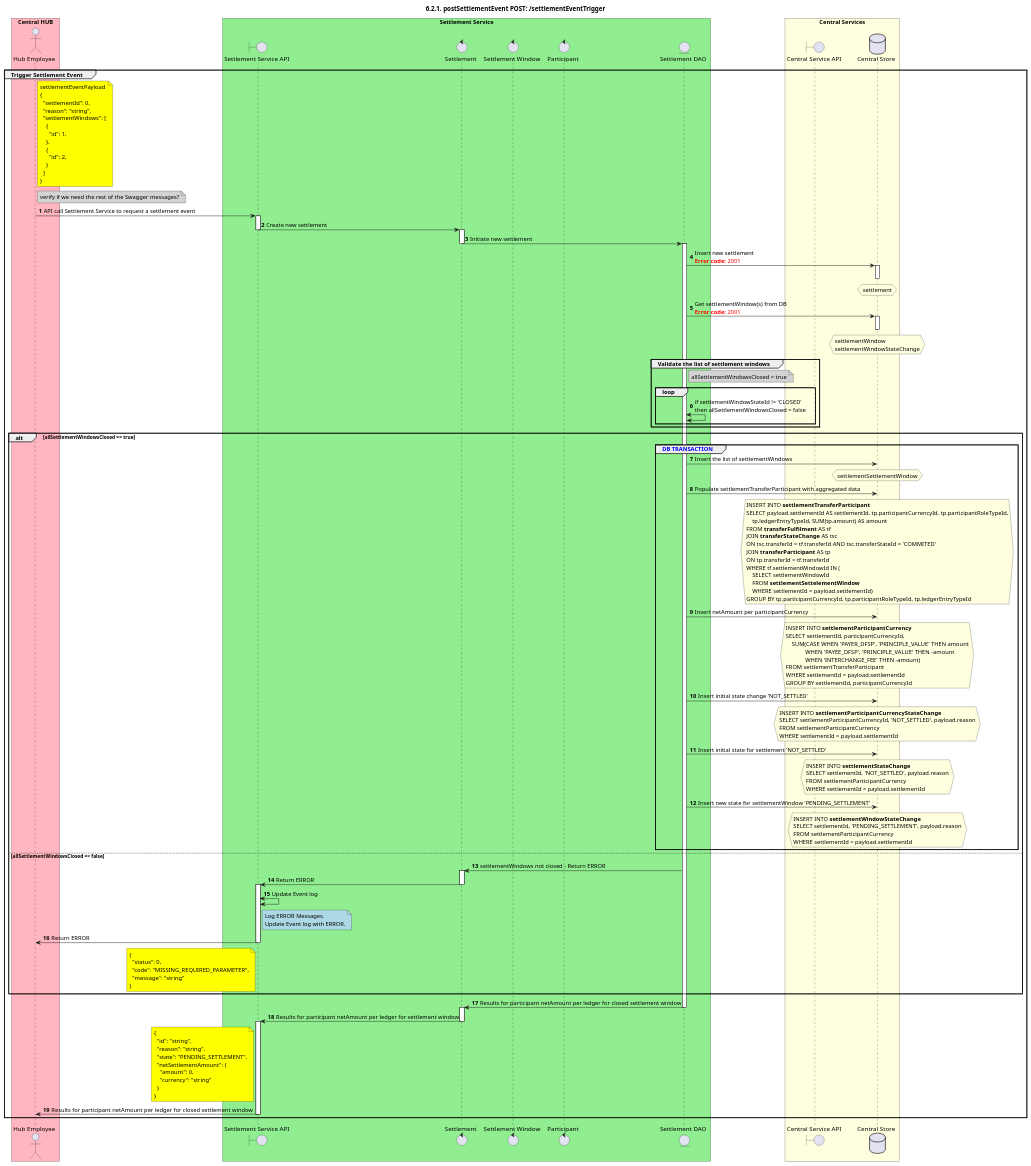
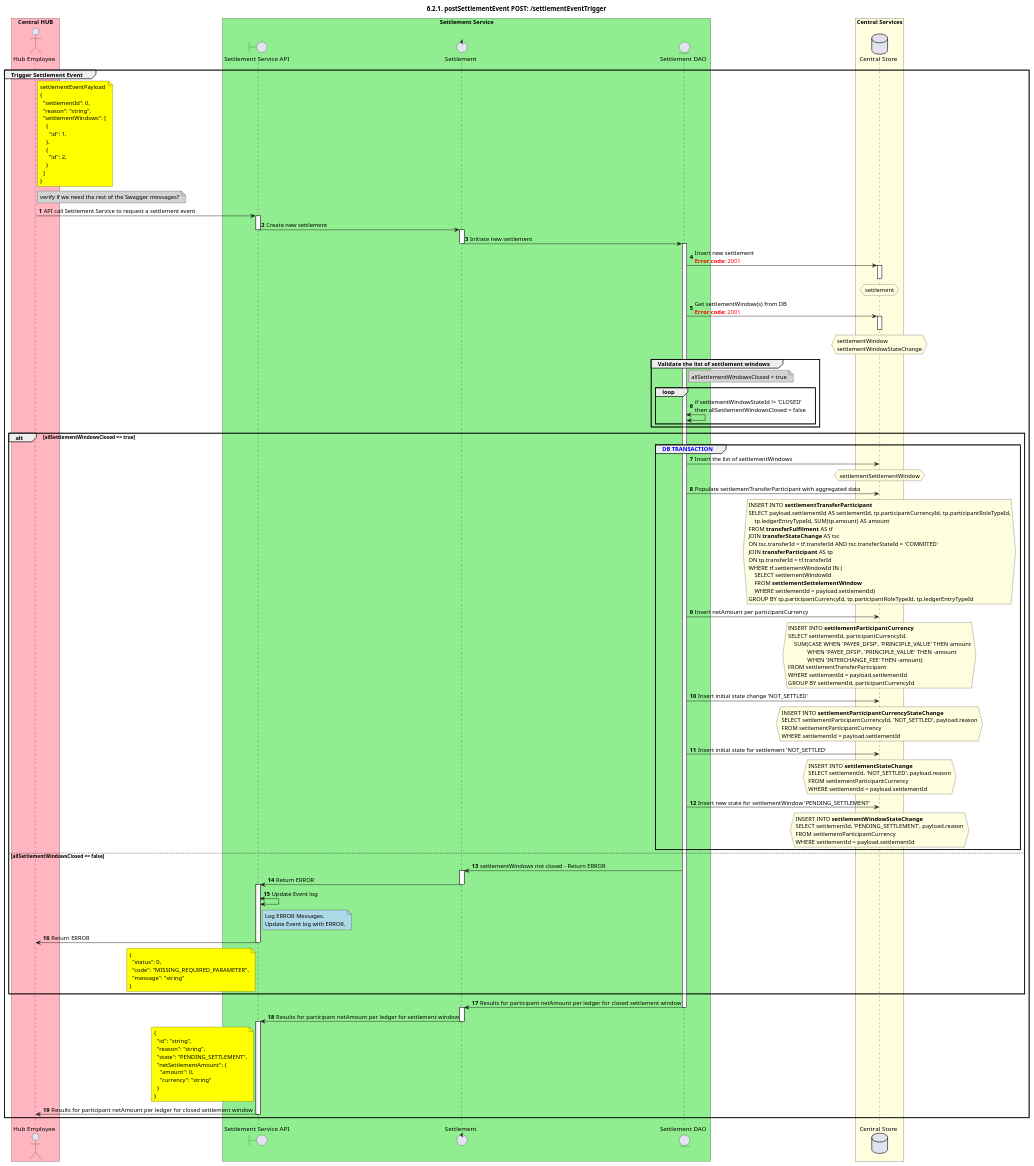
The diagram in CentralServices/seq_diagrams/seq-settlement-6.4.1.plantuml (HenkKodde/docs), drawn with PlantUML before and after one commit. The commit also changed 5 other files, not shown here.

```diff
--- a/CentralServices/seq_diagrams/seq-settlement-6.4.1.plantuml
+++ b/CentralServices/seq_diagrams/seq-settlement-6.4.1.plantuml
@@ -1,193 +1,187 @@
 @startuml
 ' declate title
 title 6.2.1. postSettlementEvent POST: /settlementEventTrigger
 
 autonumber
 
 ' Actor Keys:
 
 ' declare actors
 
 actor "Hub Employee" as OPERATOR
 
 boundary "Settlement Service API" as SSAPI
 control "Settlement" as SETTLEMENT
-control "Settlement Window" as SETTLEWINDOW
-control "Participant" as PARTICIPANT
 entity "Settlement DAO" as SETTLE_DAO
 
-boundary "Central Service API" as CSAPI
 database "Central Store" as DB
 
 box "Central HUB" #LightPink
     participant OPERATOR
 end box
 
 box "Settlement Service" #LightGreen
     participant SSAPI
     participant SETTLEMENT
-    participant SETTLEWINDOW
-    participant PARTICIPANT
     participant SETTLE_DAO
 end box
 
 box "Central Services" #LightYellow
-    participant CSAPI
     participant DB
 end box
 
 ' start flow
 
 group Trigger Settlement Event
     note right of OPERATOR #Yellow
         settlementEventPayload
         {
           "settlementId": 0,
           "reason": "string",
           "settlementWindows": [
             {
               "id": 1,
             },
             {
               "id": 2,
             }
           ]
         }
     end note
     note right of OPERATOR #LightGray
         verify if we need the rest of the Swagger messages?
     end note
     OPERATOR -> SSAPI: API call Settlement Service to request a settlement event
     activate SSAPI
     SSAPI-> SETTLEMENT: Create new settlement
     deactivate SSAPI
     activate SETTLEMENT
     SETTLEMENT -> SETTLE_DAO: Initiate new settlement
     deactivate SETTLEMENT
     activate SETTLE_DAO
 
     SETTLE_DAO -> DB: Insert new settlement \n<color #FF0000><b>Error code:</b> 2001</color>
     activate DB
     hnote over DB #LightYellow
         settlement
     end hnote
     deactivate DB
     deactivate SETTLEMENT
     SETTLE_DAO -> DB: Get settlementWindow(s) from DB \n<color #FF0000><b>Error code:</b> 2001</color>
     activate DB
     hnote over DB #LightYellow
         settlementWindow
         settlementWindowStateChange
     end hnote
     deactivate DB
     group Validate the list of settlement windows
         note right of SETTLE_DAO #LightGray
             allSettlementWindowsClosed = true
         end note
         loop
             SETTLE_DAO <-> SETTLE_DAO: if settlementWindowStateId != 'CLOSED' \nthen allSettlementWindowsClosed = false
         end loop
     end
     alt allSettlementWindowsClosed == true
         group <color #blue>DB TRANSACTION</color>
             SETTLE_DAO -> DB: Insert the list of settlementWindows
             hnote over DB #LightYellow
                 settlementSettlementWindow
             end hnote
             SETTLE_DAO -> DB: Populate settlementTransferParticipant with aggregated data
             hnote over DB #LightYellow
                 INSERT INTO **settlementTransferParticipant**
                 SELECT payload.settlementId AS settlementId, tp.participantCurrencyId, tp.participantRoleTypeId,
                     tp.ledgerEntryTypeId, SUM(tp.amount) AS amount
                 FROM **transferFulfilment** AS tf
                 JOIN **transferStateChange** AS tsc
                 ON tsc.transferId = tf.transferId AND tsc.transferStateId = 'COMMITED'
                 JOIN **transferParticipant** AS tp
                 ON tp.transferId = tf.transferId
                 WHERE tf.settlementWindowId IN (
                     SELECT settlementWindowId
                     FROM **settlementSettelementWindow**
                     WHERE settlementId = payload.settlementId)
                 GROUP BY tp.participantCurrencyId, tp.participantRoleTypeId, tp.ledgerEntryTypeId
             end hnote
 
             SETTLE_DAO -> DB: Insert netAmount per participantCurrency
             hnote over DB #LightYellow
                 INSERT INTO **settlementParticipantCurrency**
                 SELECT settlementId, participantCurrencyId,
                     SUM(CASE WHEN 'PAYER_DFSP', 'PRINCIPLE_VALUE' THEN amount
                              WHEN 'PAYEE_DFSP', 'PRINCIPLE_VALUE' THEN -amount
                              WHEN 'INTERCHANGE_FEE' THEN -amount)
                 FROM settlementTransferParticipant
                 WHERE settlementId = payload.settlementId
                 GROUP BY settlementId, participantCurrencyId
             end hnote
 
             SETTLE_DAO -> DB: Insert initial state change 'NOT_SETTLED'
             hnote over DB #LightYellow
                 INSERT INTO **settlementParticipantCurrencyStateChange**
                 SELECT settlementParticipantCurrencyId, 'NOT_SETTLED', payload.reason
                 FROM settlementParticipantCurrency
                 WHERE settlementId = payload.settlementId
             end hnote
 
             SETTLE_DAO -> DB: Insert initial state for settlement 'NOT_SETTLED'
             hnote over DB #LightYellow
                 INSERT INTO **settlementStateChange**
                 SELECT settlementId, 'NOT_SETTLED', payload.reason
                 FROM settlementParticipantCurrency
                 WHERE settlementId = payload.settlementId
             end hnote
 
             SETTLE_DAO -> DB: Insert new state for settlementWindow 'PENDING_SETTLEMENT'
             hnote over DB #LightYellow
                 INSERT INTO **settlementWindowStateChange**
                 SELECT settlementId, 'PENDING_SETTLEMENT', payload.reason
                 FROM settlementParticipantCurrency
                 WHERE settlementId = payload.settlementId
             end hnote
         end
 
     else allSettlementWindowsClosed == false
         SETTLE_DAO -> SETTLEMENT: settlementWindows not closed - Return ERROR
         activate SETTLEMENT
         SETTLEMENT -> SSAPI: Return ERROR
         deactivate SETTLEMENT
         activate SSAPI
         SSAPI <-> SSAPI: Update Event log
         note right of SSAPI #LightBlue
             Log ERROR Messages.
             Update Event log with ERROR.
             end note
         OPERATOR <- SSAPI: Return ERROR
         note left of SSAPI #Yellow
             {
               "status": 0,
               "code": "MISSING_REQUIRED_PARAMETER",
               "message": "string"
             }
         end note
         deactivate SSAPI
     end
 
     SETTLEMENT <- SETTLE_DAO: Results for participant netAmount per ledger for closed settlement window
     deactivate SETTLE_DAO
     activate SETTLEMENT
     SETTLEMENT -> SSAPI: Results for participant netAmount per ledger for settlement window
     note left of SSAPI #Yellow
         {
           "id": "string",
           "reason": "string",
           "state": "PENDING_SETTLEMENT",
           "netSettlementAmount": {
             "amount": 0,
             "currency": "string"
           }
         }
     end note
     deactivate SETTLEMENT
     activate SSAPI
     SSAPI -> OPERATOR: Results for participant netAmount per ledger for closed settlement window
     deactivate SSAPI
 end
 @enduml
```
